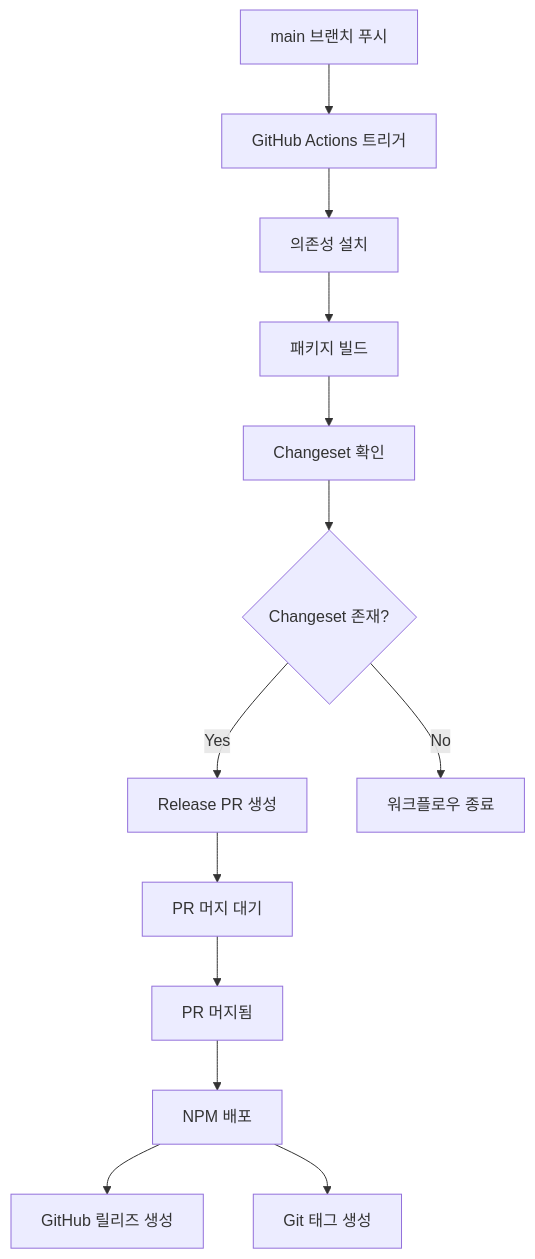
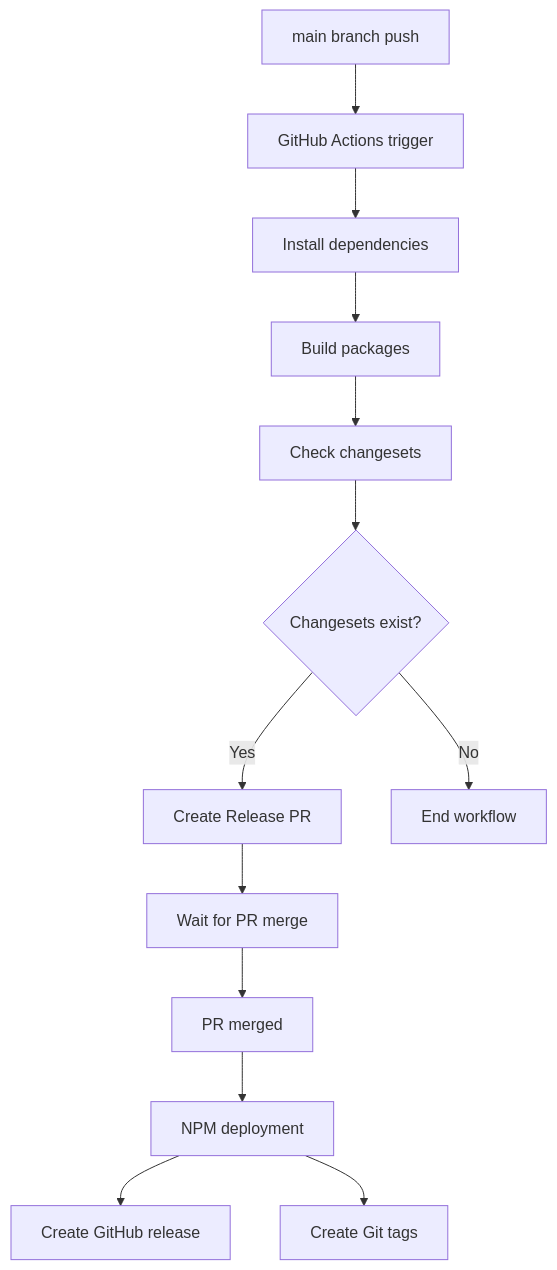
The diagram in .cursor/rules/development-workflow.mdc (easylogic/cssma), drawn with Mermaid before and after one commit. The commit also changed other lines of this file and 3 other files, not shown here.

````diff
--- a/.cursor/rules/development-workflow.mdc
+++ b/.cursor/rules/development-workflow.mdc
@@ -44,15 +44,15 @@
 ```mermaid
 graph TD
-    A[main 브랜치 푸시] --> B[GitHub Actions 트리거]
-    B --> C[의존성 설치]
-    C --> D[패키지 빌드]
-    D --> E[Changeset 확인]
-    E --> F{Changeset 존재?}
-    F -->|Yes| G[Release PR 생성]
-    F -->|No| H[워크플로우 종료]
-    G --> I[PR 머지 대기]
-    I --> J[PR 머지됨]
-    J --> K[NPM 배포]
-    K --> L[GitHub 릴리즈 생성]
-    K --> M[Git 태그 생성]
+    A[main branch push] --> B[GitHub Actions trigger]
+    B --> C[Install dependencies]
+    C --> D[Build packages]
+    D --> E[Check changesets]
+    E --> F{Changesets exist?}
+    F -->|Yes| G[Create Release PR]
+    F -->|No| H[End workflow]
+    G --> I[Wait for PR merge]
+    I --> J[PR merged]
+    J --> K[NPM deployment]
+    K --> L[Create GitHub release]
+    K --> M[Create Git tags]
 ```
````
